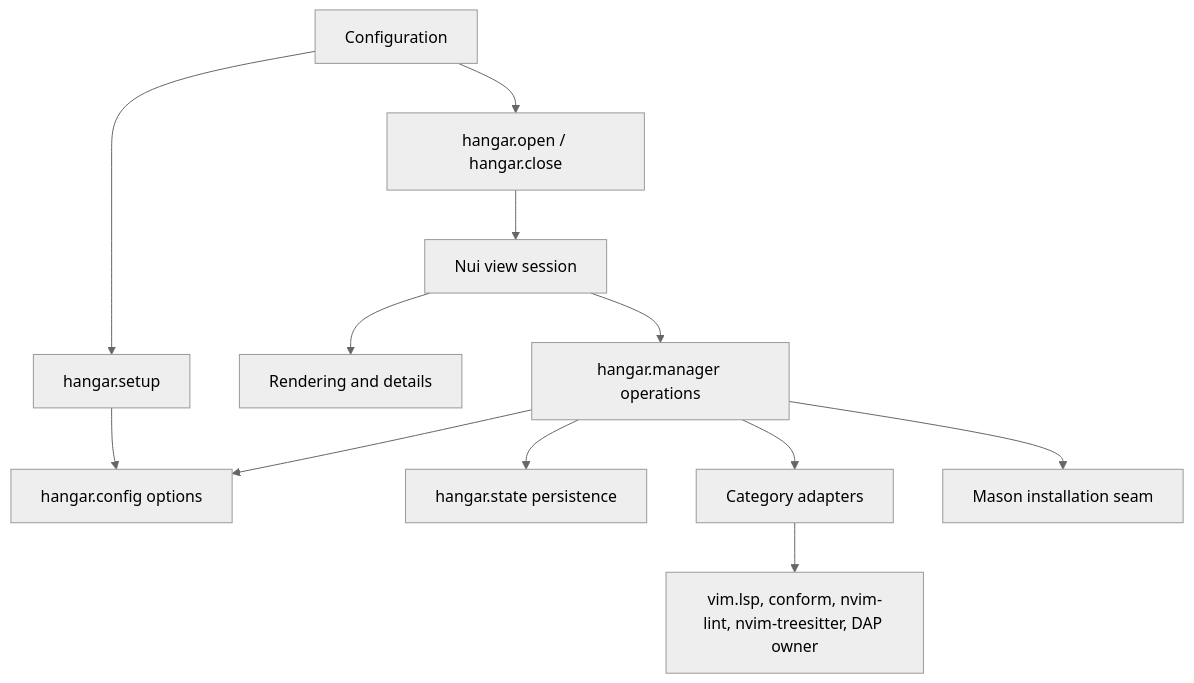
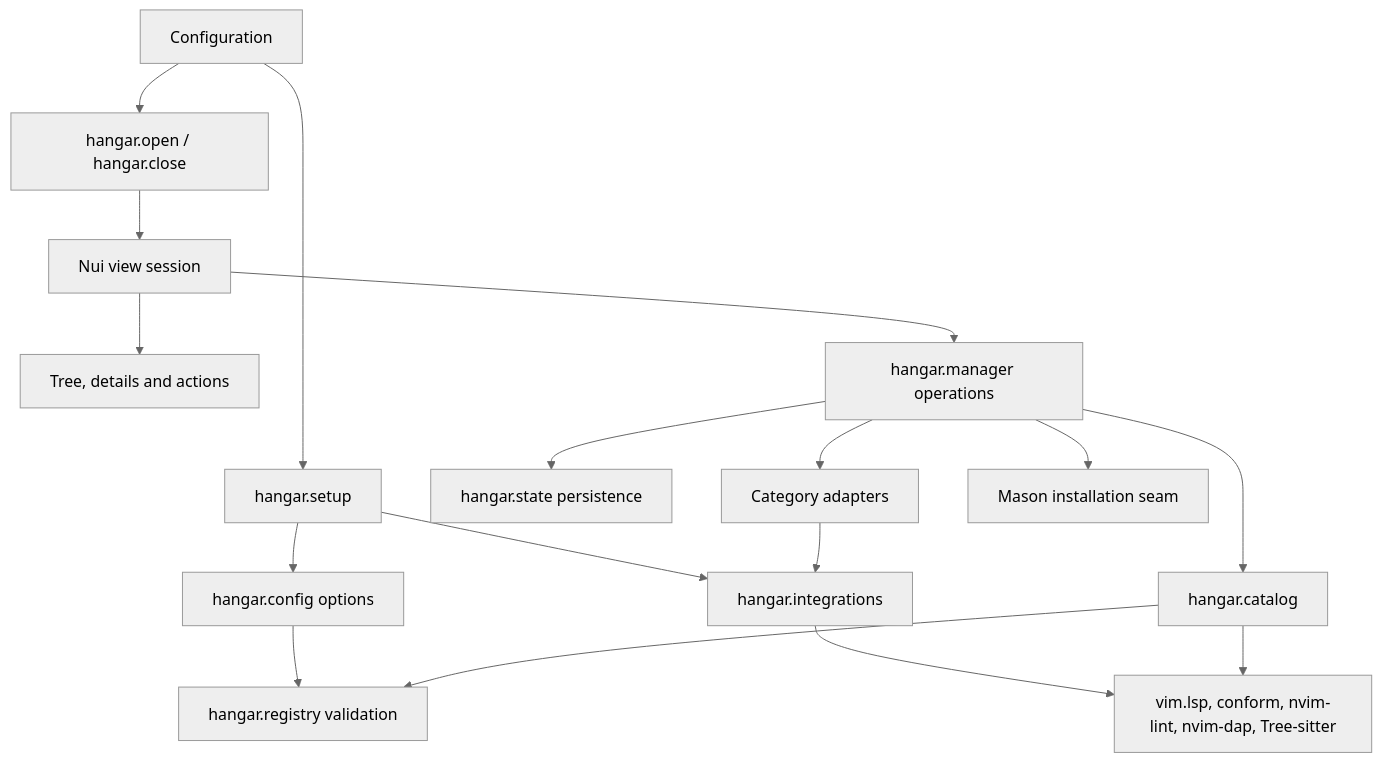
The diagram in doc/architecture.md (Orbit-Lua/hangar.nvim), drawn with Mermaid (neutral theme) before and after one commit. The commit also changed other lines of this file and 3 other files, not shown here.

First line of the commit message:
docs: describe the built-in integrations and the optional registry

````diff
--- a/doc/architecture.md
+++ b/doc/architecture.md
@@ -3,14 +3,19 @@
 ```mermaid
 flowchart TD
     Caller[Configuration] --> Setup[hangar.setup]
     Setup --> Config[hangar.config options]
+    Config --> Registry[hangar.registry validation]
+    Setup --> Integrations[hangar.integrations]
+    Integrations --> Backends[vim.lsp, conform, nvim-lint, nvim-dap, Tree-sitter]
     Caller --> Public[hangar.open / hangar.close]
     Public --> View[Nui view session]
-    View --> Render[Rendering and details]
+    View --> UI[Tree, details and actions]
     View --> Manager[hangar.manager operations]
-    Manager --> Config
+    Manager --> Catalog[hangar.catalog]
+    Catalog --> Registry
+    Catalog --> Backends
     Manager --> State[hangar.state persistence]
     Manager --> Category[Category adapters]
+    Category --> Integrations
     Manager --> Mason[Mason installation seam]
-    Category --> Backends[vim.lsp, conform, nvim-lint, nvim-treesitter, DAP owner]
 ```
````
